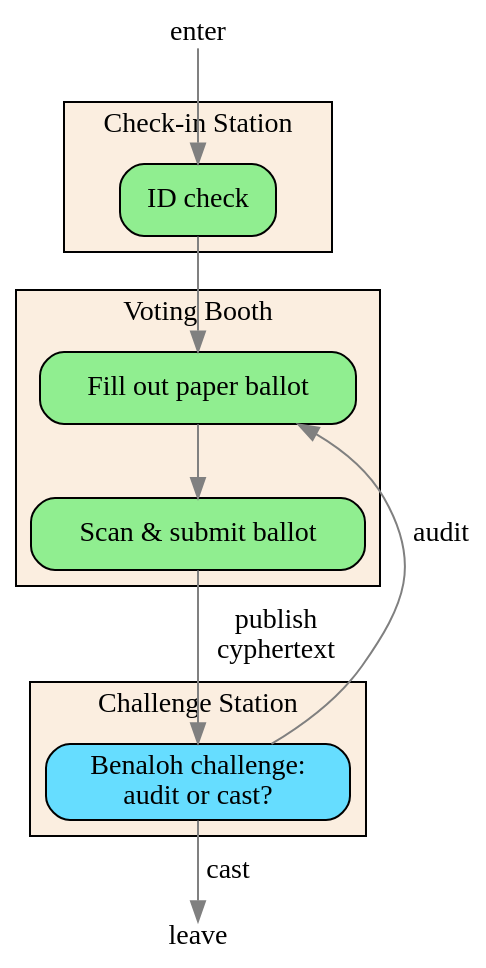
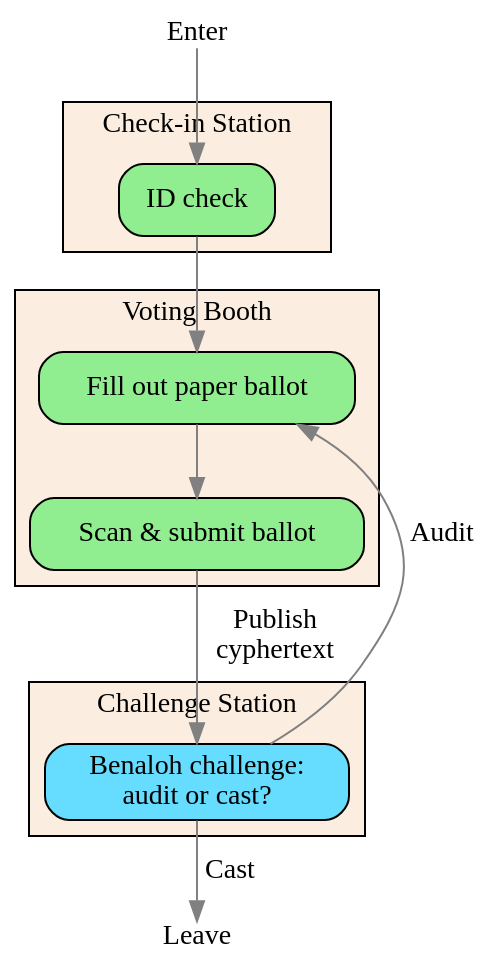
Before and after one commit to jefdaj/cryptoisland: the diagram in src/posts/2024/10/15/mechanics-of-the-benaloh-challenge/current-workflow.dot, drawn with Graphviz. The commit also changed 4 other files, not shown here.

```diff
--- a/src/posts/2024/10/15/mechanics-of-the-benaloh-challenge/current-workflow.dot
+++ b/src/posts/2024/10/15/mechanics-of-the-benaloh-challenge/current-workflow.dot
@@ -1,39 +1,39 @@
 digraph current_workflow {
   rankdir=TB
   bgcolor=transparent
   node [shape=box, style="rounded,filled", fillcolor=lightgreen]
   edge [color=grey]
 
-  enter [shape=plain,fillcolor=transparent]
-  leave [shape=plain,fillcolor=transparent]
+  Enter [shape=plain,fillcolor=transparent]
+  Leave [shape=plain,fillcolor=transparent]
   subgraph cluster_votingbooth {
     bgcolor="#fbeee0"
     label="Voting Booth"
     submit_ballot [label="Scan & submit ballot"]
     fill_out_ballot -> submit_ballot
   }
   subgraph cluster_checkin {
     bgcolor="#fbeee0"
     label="Check-in Station"
     id_check [label="ID check"]
     fill_out_ballot [label="Fill out paper ballot"]
     id_check -> fill_out_ballot
   }
   subgraph cluster_challenge {
     bgcolor="#fbeee0"
     label="Challenge Station"
     audit_or_cast [label="Benaloh challenge:\naudit or cast?",fillcolor="#66ddff"] // blue
   }
   // TODO separate post
   // subgraph cluster_verify {
   //   label="verify tally"
   //   verify_vote_included -> verify_tally
   // }
-  enter -> id_check
-  submit_ballot -> audit_or_cast [label="publish\ncyphertext"]
-  audit_or_cast -> fill_out_ballot [label="audit", weight=0]
+  Enter -> id_check
+  submit_ballot -> audit_or_cast [label="Publish\ncyphertext"]
+  audit_or_cast -> fill_out_ballot [label="Audit", weight=0]
   // audit_or_cast -> verify_vote_included [label="cast"]
-  audit_or_cast -> leave [label="cast"]
-  // verify_vote_included -> leave
-  // verify_tally -> leave
+  audit_or_cast -> Leave [label="Cast"]
+  // verify_vote_included -> Leave
+  // verify_tally -> Leave
 }
```
